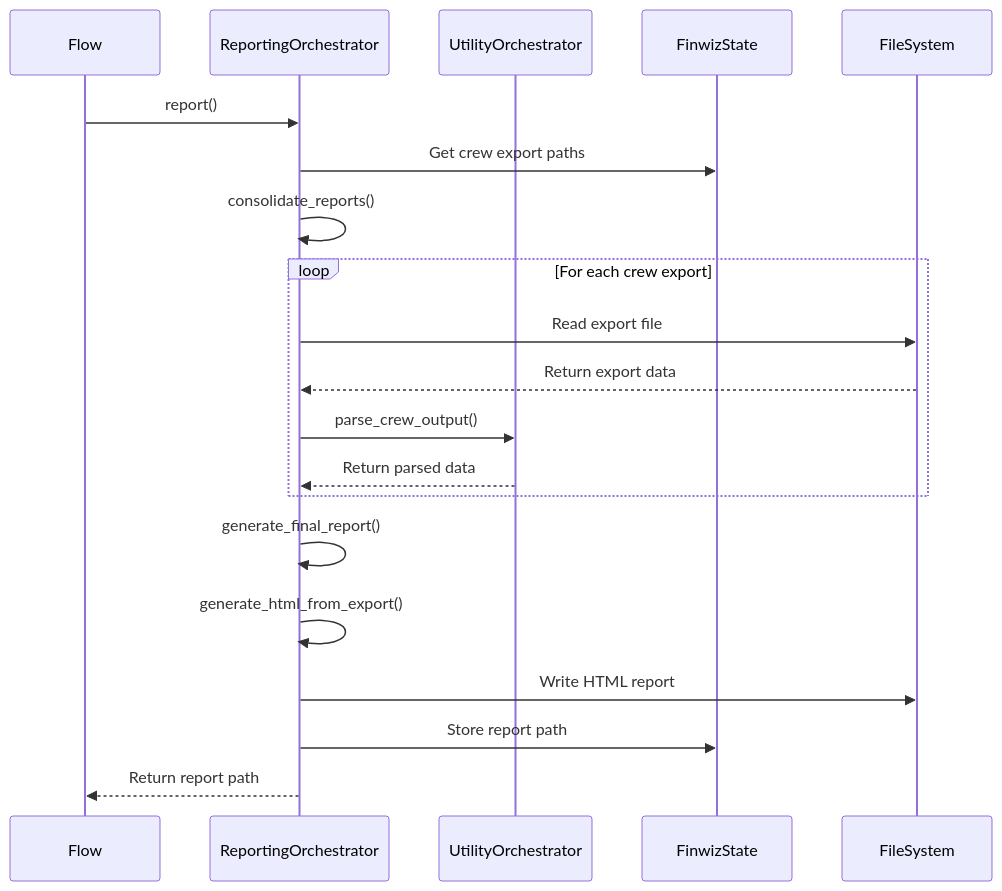
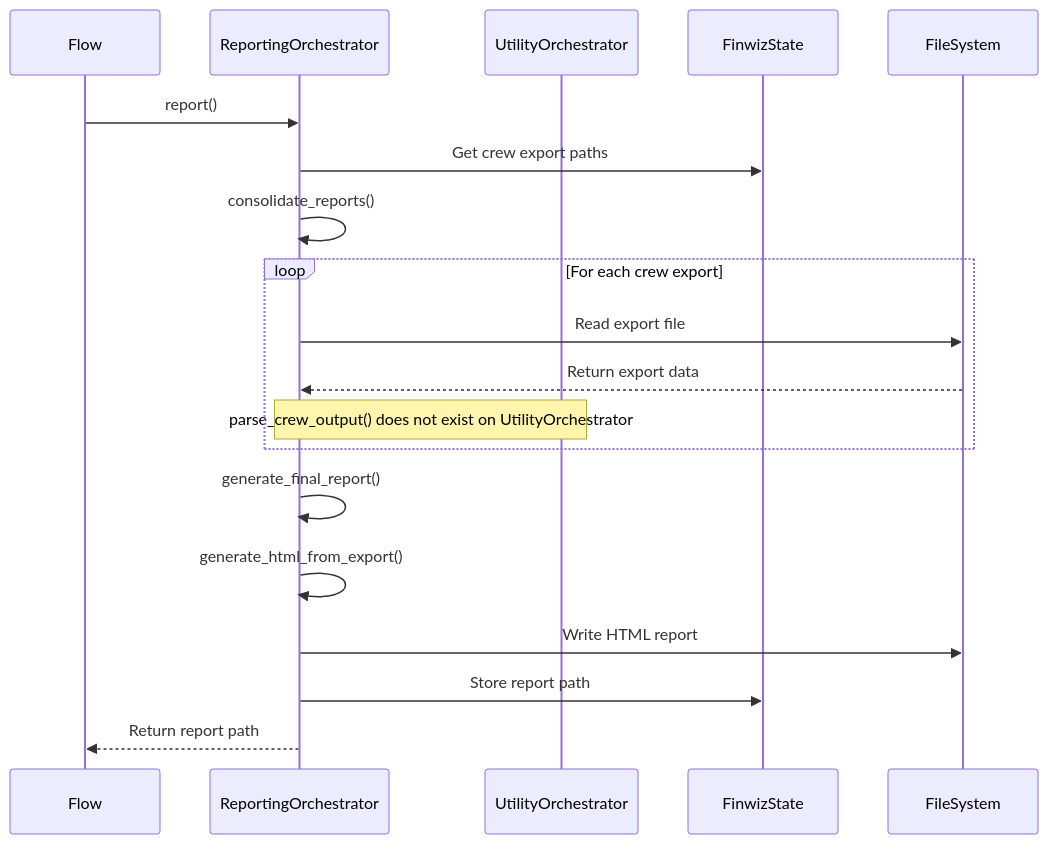
Before and after one commit to fjacquet/finwiz: the sixth of 13 diagrams in docs/explanations/ORCHESTRATOR_INTERACTIONS.md, drawn with Mermaid. The commit also changed other lines of this file and 1 other file, not shown here.

````diff
--- a/docs/explanations/ORCHESTRATOR_INTERACTIONS.md
+++ b/docs/explanations/ORCHESTRATOR_INTERACTIONS.md
@@ -192,27 +193,26 @@
 ```mermaid
 sequenceDiagram
     participant Flow
     participant Rep as ReportingOrchestrator
     participant Util as UtilityOrchestrator
     participant State as FinwizState
     participant FS as FileSystem
 
     Flow->>Rep: report()
 
     Rep->>State: Get crew export paths
     Rep->>Rep: consolidate_reports()
 
     loop For each crew export
         Rep->>FS: Read export file
         FS-->>Rep: Return export data
-        Rep->>Util: parse_crew_output()
-        Util-->>Rep: Return parsed data
+        Note over Rep,Util: parse_crew_output() does not exist on UtilityOrchestrator
     end
 
     Rep->>Rep: generate_final_report()
     Rep->>Rep: generate_html_from_export()
 
     Rep->>FS: Write HTML report
     Rep->>State: Store report path
     Rep-->>Flow: Return report path
 ```
````
